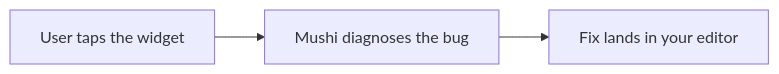
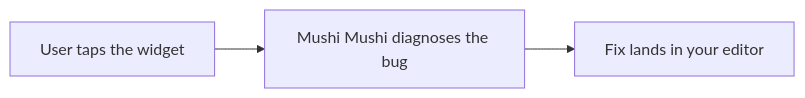
The diagram in packages/web/README.md (kensaurus/mushi-mushi), drawn with Mermaid before and after one commit. The commit also changed other lines of this file and 425 other files, not shown here.

````diff
--- a/packages/web/README.md
+++ b/packages/web/README.md
@@ -7,4 +7,4 @@
 ```mermaid
 flowchart LR
-    A["User taps the widget"] --> B["Mushi diagnoses the bug"] --> C["Fix lands in your editor"]
+    A["User taps the widget"] --> B["Mushi Mushi diagnoses the bug"] --> C["Fix lands in your editor"]
 ```
````
